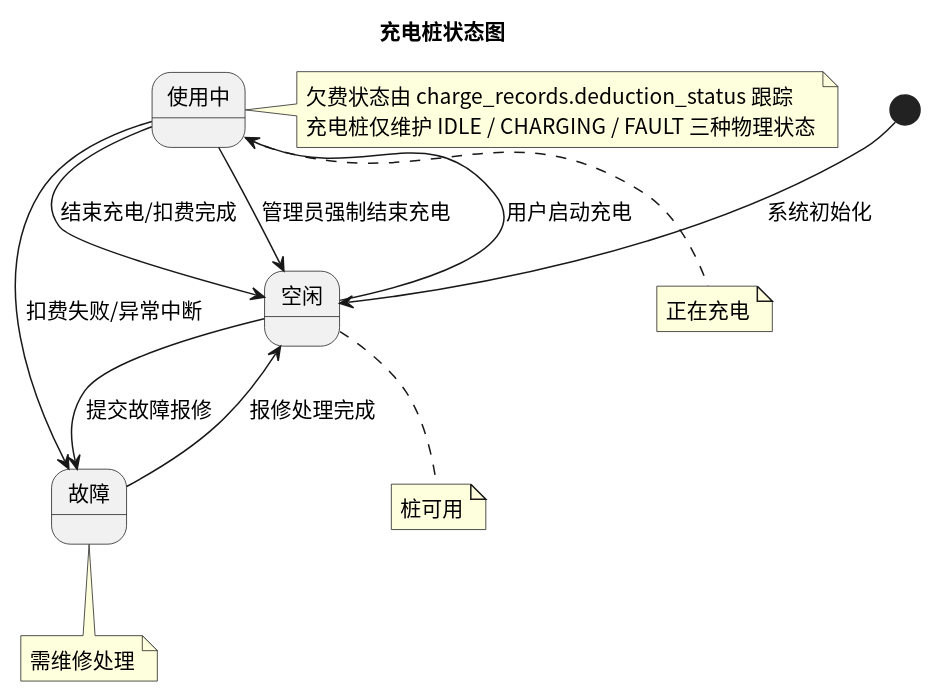
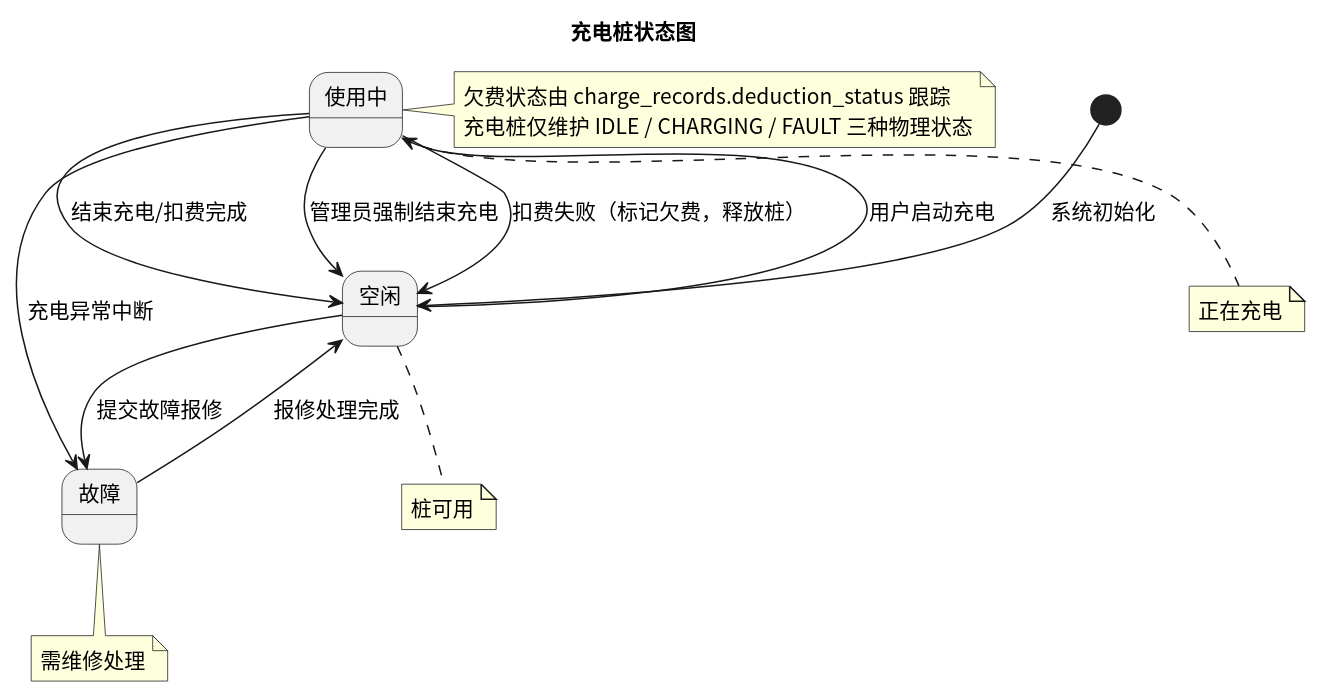
One commit to greenhandzdl/charging-station-doc changed the diagram in status/src/state_charger.puml. Above: the diagram before and after it, drawn with PlantUML. The commit also changed 30 other files, not shown here.

First line of the commit message:
fix: 架构评估修复 — 状态图/ER图/用例图修正、安全漏洞修复

```diff
--- a/status/src/state_charger.puml
+++ b/status/src/state_charger.puml
@@ -1,23 +1,24 @@
 @startuml
 skinparam defaultFontName "Noto Sans CJK SC"
 skinparam defaultFontSize 14
 title 充电桩状态图
 
 state "空闲" as IDLE
 state "使用中" as CHARGING
 state "故障" as FAULT
 
 [*] --> IDLE : 系统初始化
 IDLE --> CHARGING : 用户启动充电
 CHARGING --> IDLE : 结束充电/扣费完成
 CHARGING --> IDLE : 管理员强制结束充电
-CHARGING --> FAULT : 扣费失败/异常中断
+CHARGING --> FAULT : 充电异常中断
+	CHARGING --> IDLE : 扣费失败（标记欠费，释放桩）
 IDLE --> FAULT : 提交故障报修
 FAULT --> IDLE : 报修处理完成
 
 note bottom of IDLE : 桩可用
 note bottom of CHARGING : 正在充电
 note bottom of FAULT : 需维修处理
 
 note right of CHARGING : 欠费状态由 charge_records.deduction_status 跟踪\n充电桩仅维护 IDLE / CHARGING / FAULT 三种物理状态
 @enduml
```
